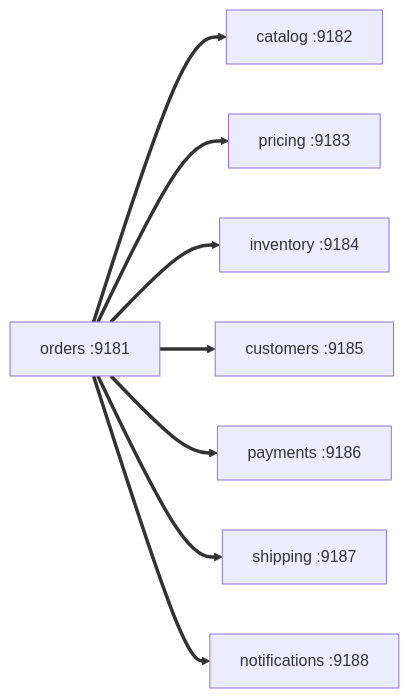
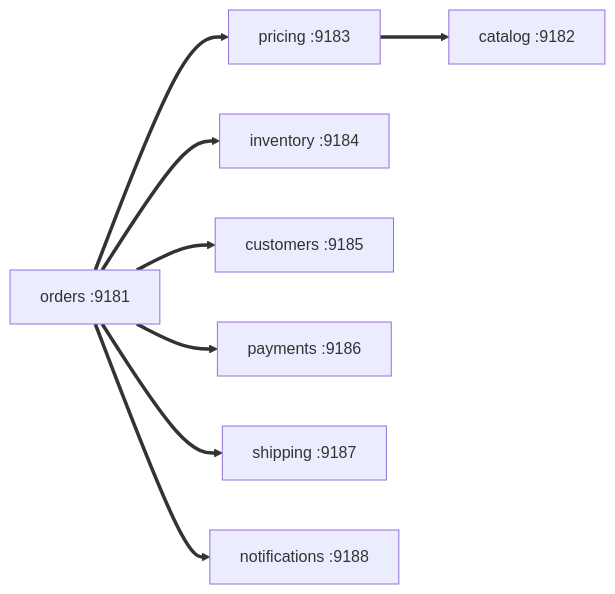
Before and after one commit to johnjoeallen/microlith: the second of 2 diagrams in docs/modes/split.md, drawn with Mermaid. The commit also changed other lines of this file and 19 other files, not shown here.

Commit message:
Docs consistency pass: stale branch notes, split diagram, reference examples, recomputed call-weight tables, drain test caveat

````diff
--- a/docs/modes/split.md
+++ b/docs/modes/split.md
@@ -52,10 +52,10 @@
 ```mermaid
 graph LR
-  O[orders :9181] ==> K[catalog :9182]
-  O ==> P[pricing :9183]
+  O[orders :9181] ==> P[pricing :9183]
   O ==> I[inventory :9184]
   O ==> C[customers :9185]
   O ==> Y[payments :9186]
   O ==> S[shipping :9187]
   O ==> N[notifications :9188]
+  P ==> K[catalog :9182]
 ```
````
